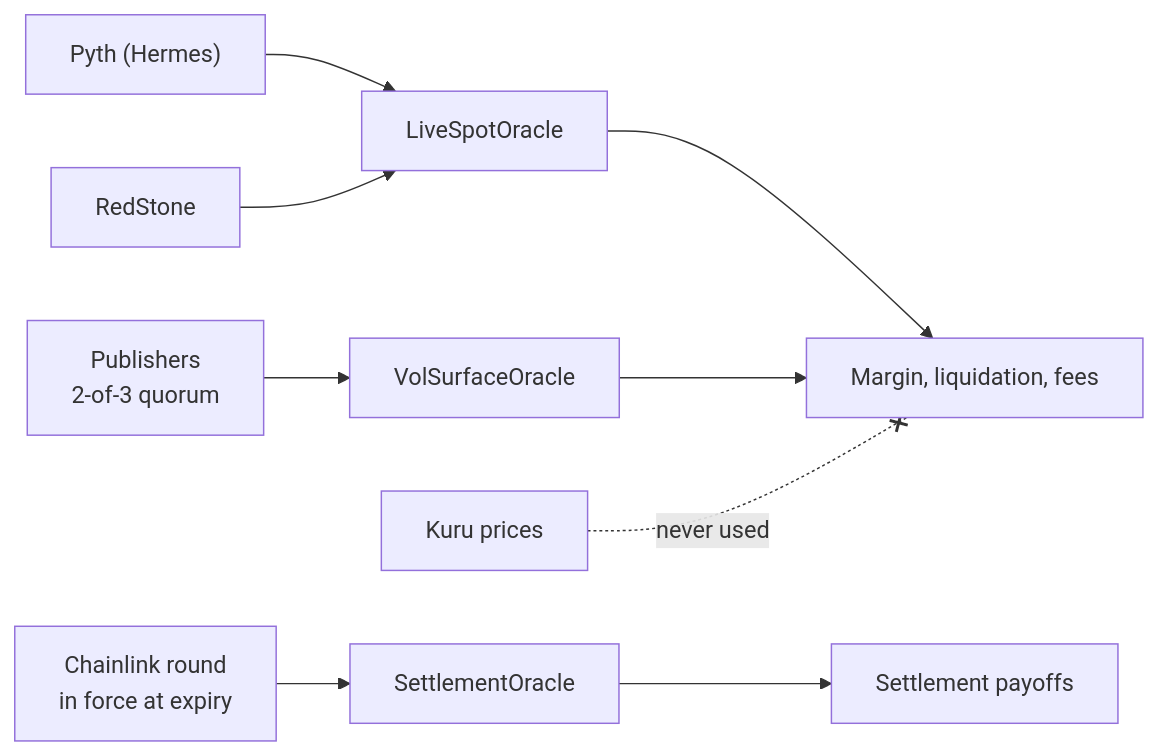
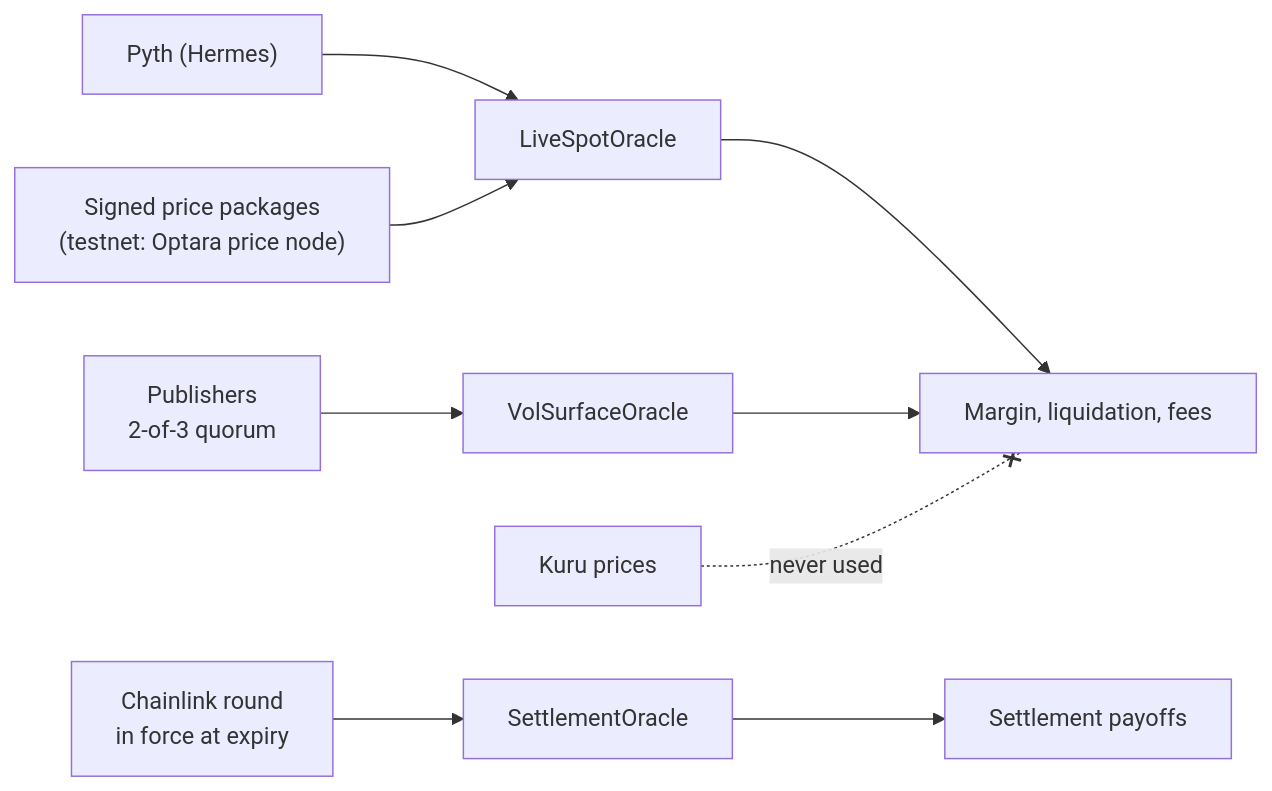
One commit to Synsight-lab/Optara changed the tenth of 16 diagrams in README.md. Above: the diagram before and after it, drawn with Mermaid. The commit also changed other lines of this file and 21 other files, not shown here.

First line of the commit message:
Testnet MON prices from Optara's price node (Cloudflare Worker); rename RedStone-specific off-chain names

````diff
--- a/README.md
+++ b/README.md
@@ -402,11 +402,11 @@
 ```mermaid
 flowchart LR
     PY["Pyth (Hermes)"] --> LSO["LiveSpotOracle"]
-    RS["RedStone"] --> LSO
+    RS["Signed price packages<br/>(testnet: Optara price node)"] --> LSO
     PB["Publishers<br/>2-of-3 quorum"] --> VSO["VolSurfaceOracle"]
     CL["Chainlink round<br/>in force at expiry"] --> SO["SettlementOracle"]
     LSO --> RM["Margin, liquidation, fees"]
     VSO --> RM
     SO --> SW["Settlement payoffs"]
     KU["Kuru prices"] -. "never used" .-x RM
 ```
````
